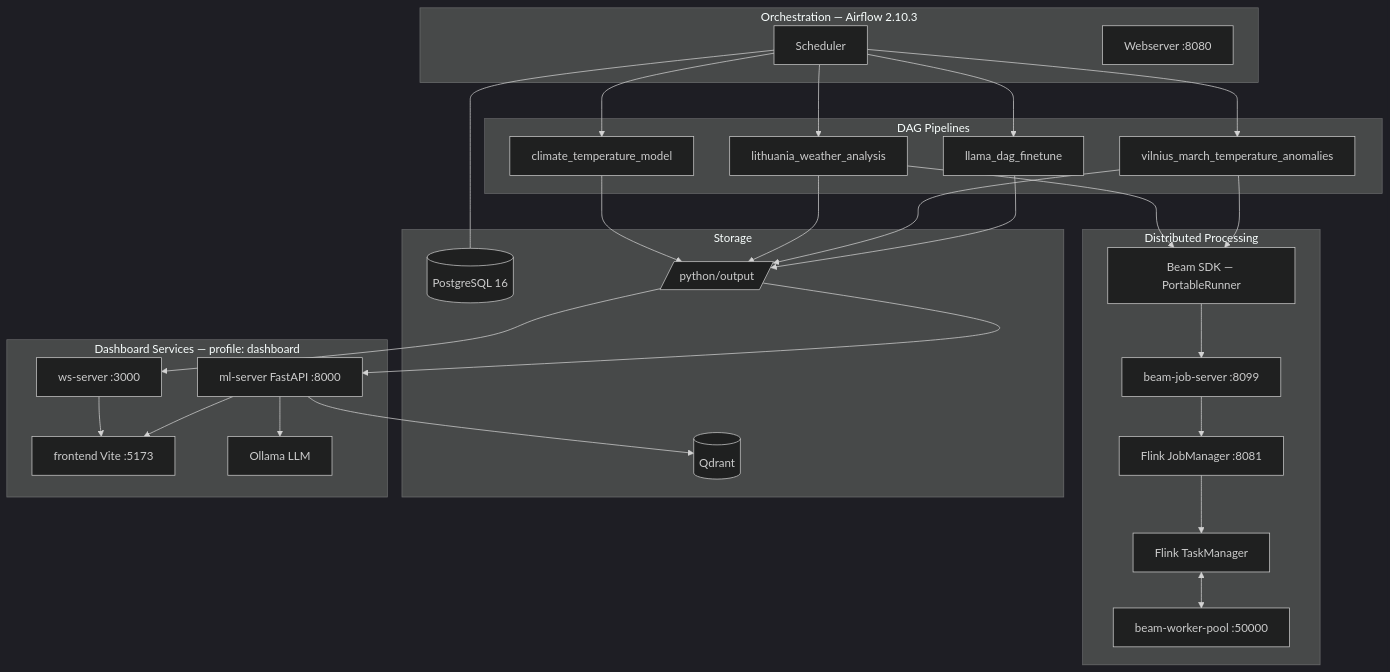
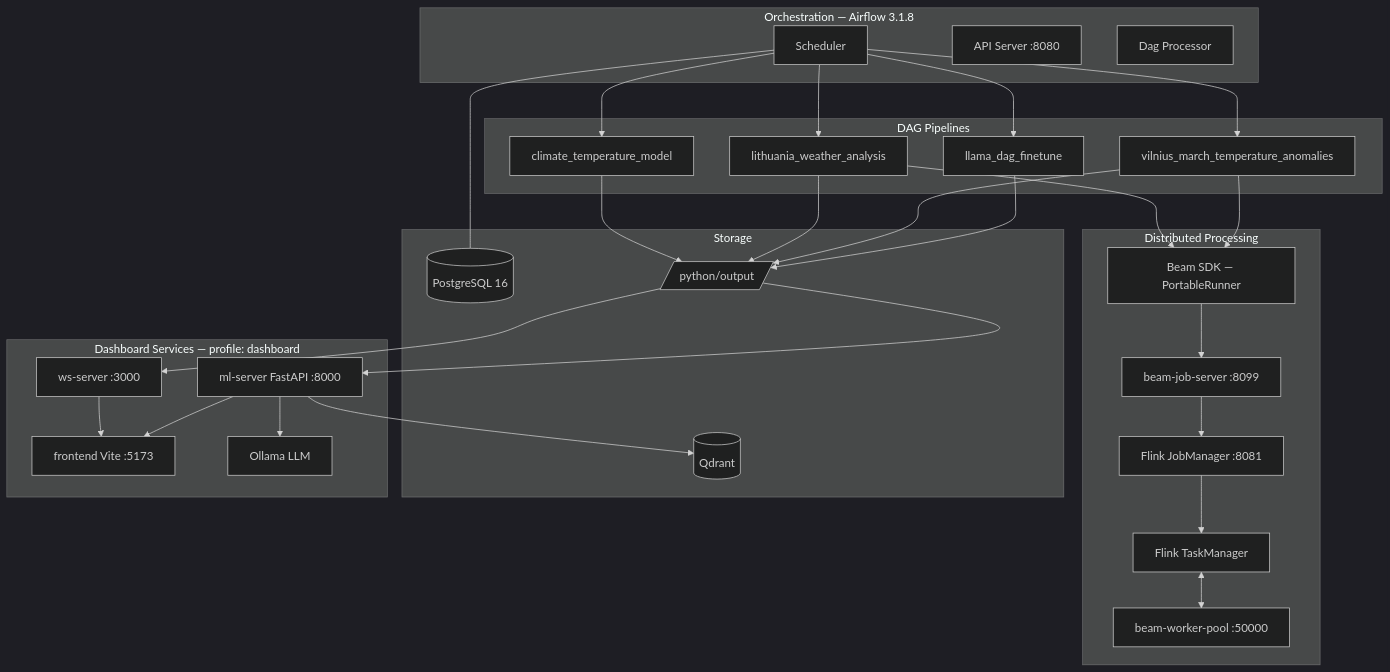
Before and after one commit to andrius-eng/ml: the first of 2 diagrams in README.md, drawn with Mermaid (dark theme). The commit also changed other lines of this file, not shown here.

Commit message:
docs: update README for Airflow 3.1.8, k3s two-node cluster, Airflow 3 arch notes

````diff
--- a/README.md
+++ b/README.md
@@ -71,45 +71,46 @@
 ```mermaid
 graph TB
-    subgraph Orch["Orchestration — Airflow 2.10.3"]
+    subgraph Orch["Orchestration — Airflow 3.1.8"]
         SCHED[Scheduler]
-        WEB[Webserver :8080]
+        WEB[API Server :8080]
+        DP[Dag Processor]
     end
 
     subgraph DAGs["DAG Pipelines"]
         D1[climate_temperature_model]
         D2[lithuania_weather_analysis]
         D3[vilnius_march_temperature_anomalies]
         D4[llama_dag_finetune]
     end
 
     subgraph Beam["Distributed Processing"]
         BSDK[Beam SDK — PortableRunner]
         JOB[beam-job-server :8099]
         JM[Flink JobManager :8081]
         TM[Flink TaskManager]
         WP[beam-worker-pool :50000]
     end
 
     subgraph Store["Storage"]
         PG[(PostgreSQL 16)]
         QD[(Qdrant)]
         FS[/python/output/]
     end
 
     subgraph Svc["Dashboard Services — profile: dashboard"]
         ML[ml-server FastAPI :8000]
         WS[ws-server :3000]
         FE[frontend Vite :5173]
         OLL[Ollama LLM]
     end
 
     SCHED --> D1 & D2 & D3 & D4
     D2 & D3 --> BSDK --> JOB --> JM --> TM
     TM <--> WP
     D1 & D2 & D3 & D4 --> FS
     SCHED --- PG
     FS --> ML & WS
     ML --> QD & OLL
     WS --> FE
     ML --> FE
 ```
````
